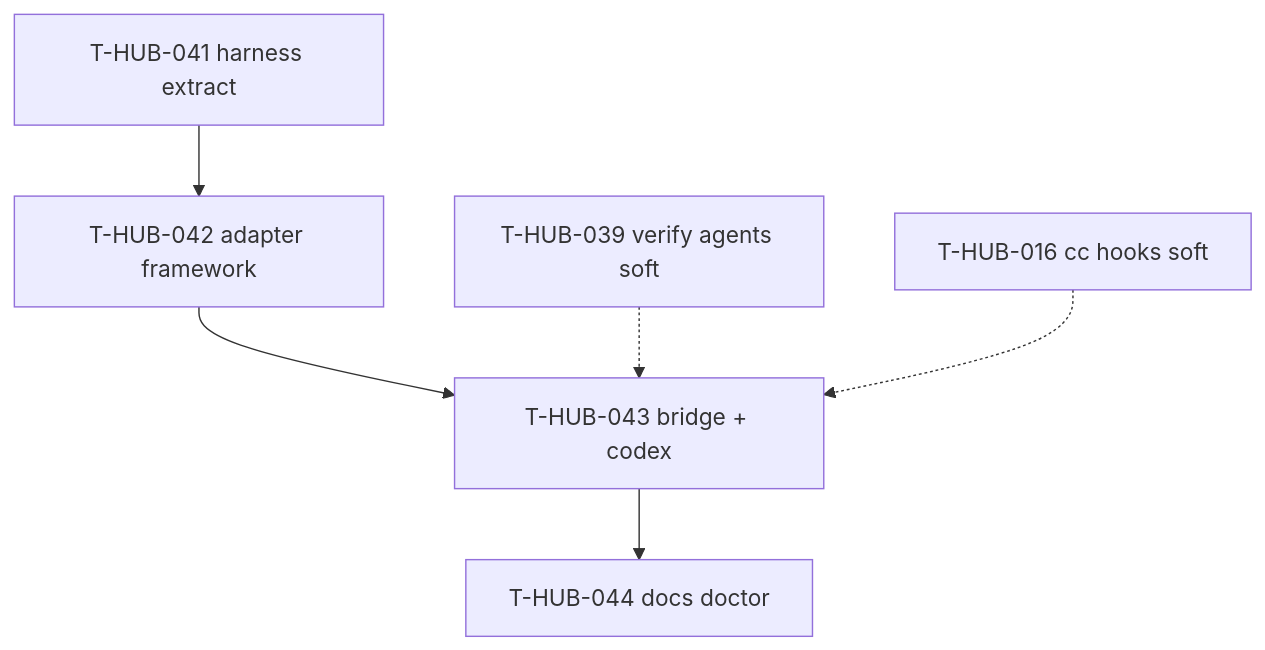
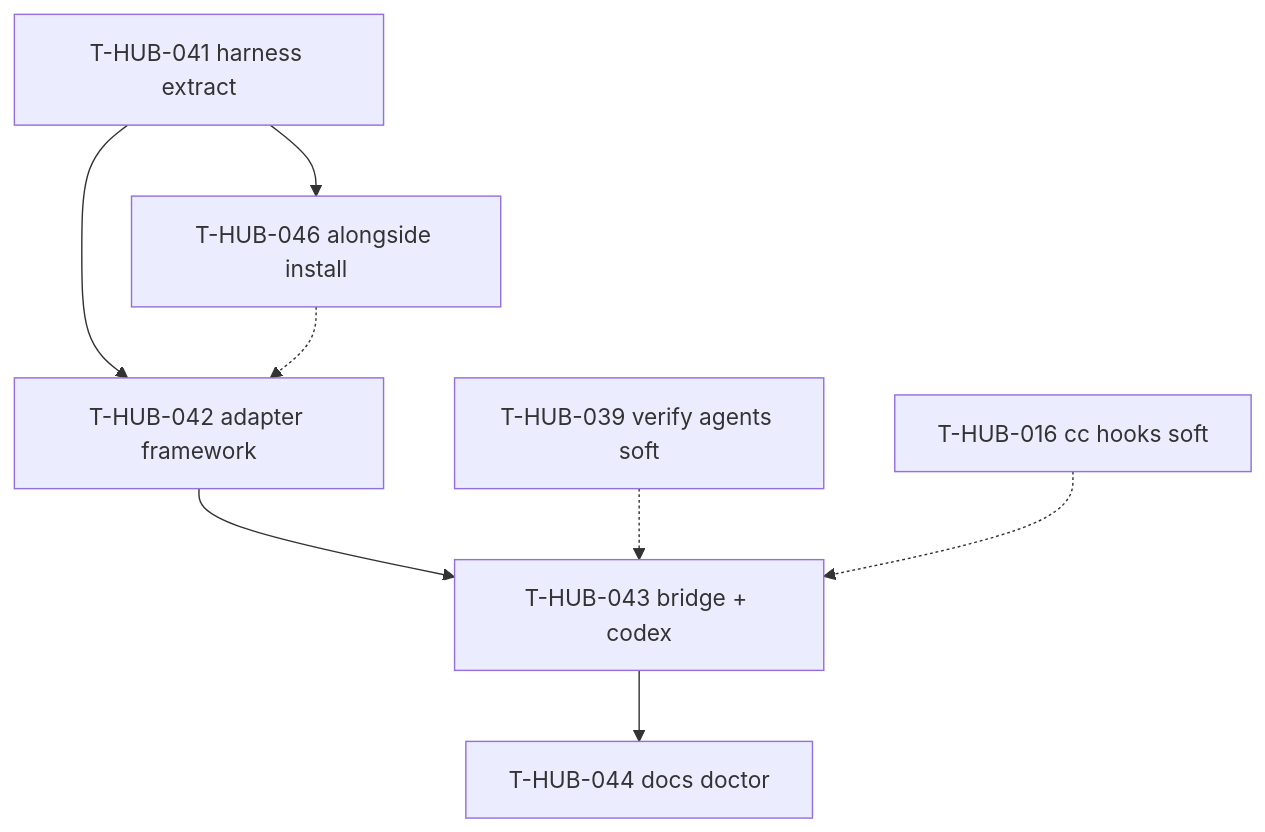
Before and after one commit to aeroalgo/dev-hub: the diagram in memory-bank/back/plan/roadmap-harness-universal-runtime-epics.md, drawn with Mermaid. The commit also changed other lines of this file and 146 other files, not shown here.

````diff
--- a/memory-bank/back/plan/roadmap-harness-universal-runtime-epics.md
+++ b/memory-bank/back/plan/roadmap-harness-universal-runtime-epics.md
@@ -25,14 +26,17 @@
 ```mermaid
 flowchart TB
   H041[T-HUB-041 harness extract]
+  H046[T-HUB-046 alongside install]
   H042[T-HUB-042 adapter framework]
   H043[T-HUB-043 bridge + codex]
   H044[T-HUB-044 docs doctor]
   H039[T-HUB-039 verify agents soft]
   H016[T-HUB-016 cc hooks soft]
+  H041 --> H046
   H041 --> H042
+  H046 -.-> H042
   H042 --> H043
   H043 --> H044
   H039 -.-> H043
   H016 -.-> H043
 ```
````
